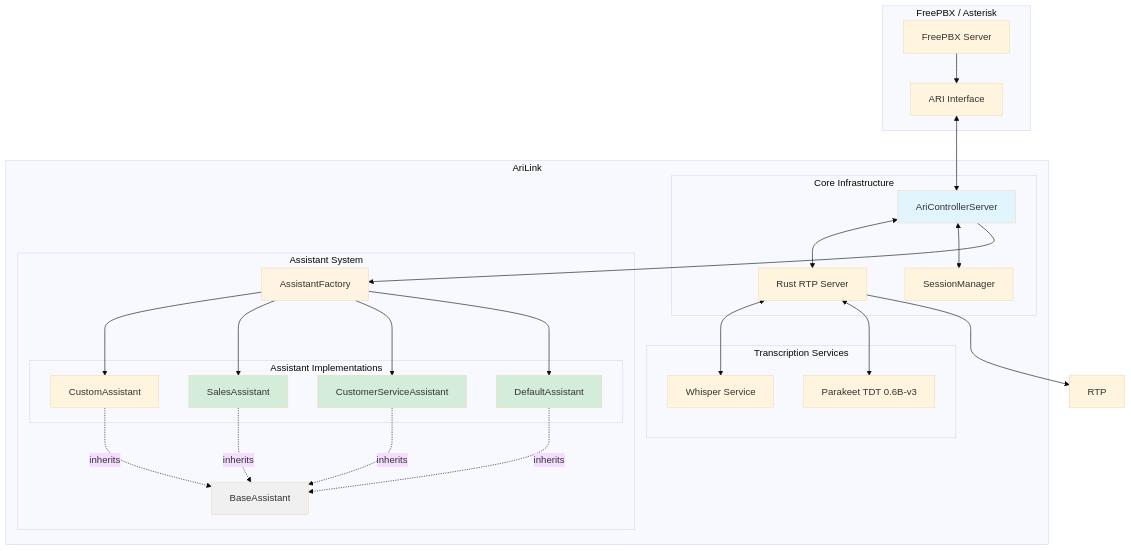
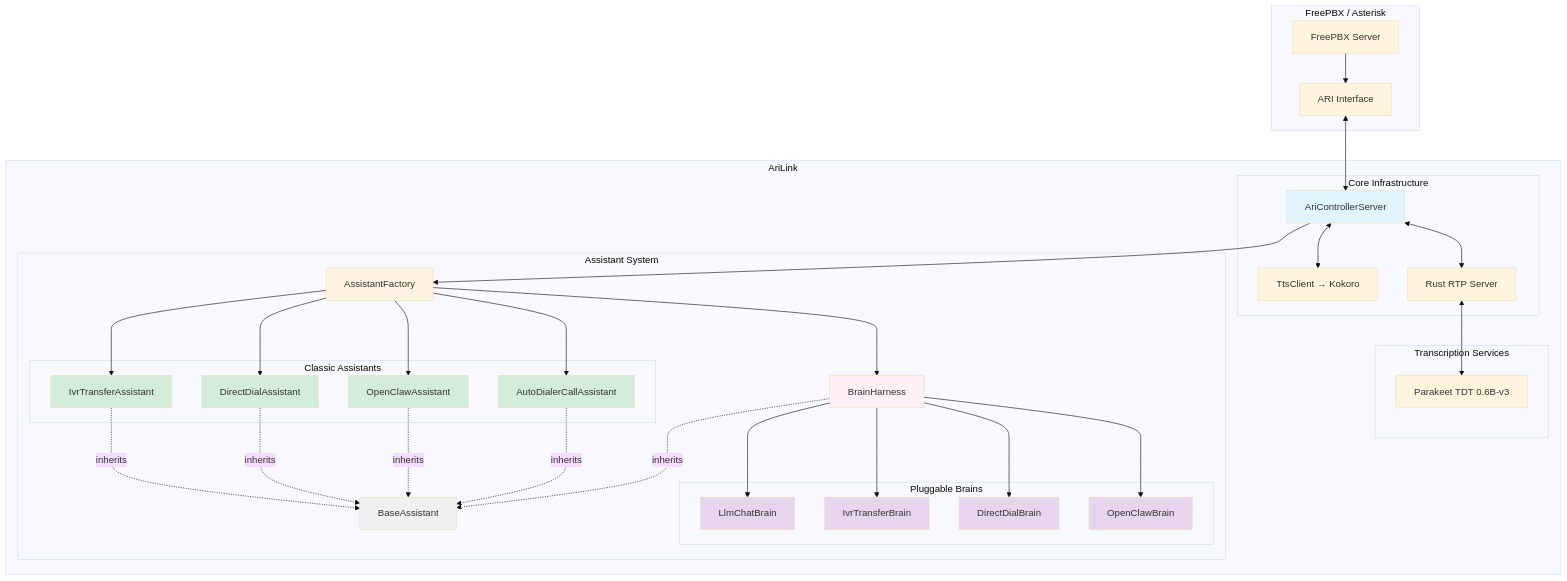
One commit to alexiokay/AriLink changed the first of 5 diagrams in docs/ASSISTANT-ARCHITECTURE.md. Above: the diagram before and after it, drawn with Mermaid (base theme). The commit also changed other lines of this file and 15 other files, not shown here.

````diff
--- a/docs/ASSISTANT-ARCHITECTURE.md
+++ b/docs/ASSISTANT-ARCHITECTURE.md
@@ -35,59 +35,76 @@
 ```mermaid
 graph TB
     subgraph "FreePBX / Asterisk"
         PBX[FreePBX Server]
         ARI[ARI Interface]
     end
 
     subgraph "AriLink"
         subgraph "Core Infrastructure"
             Controller[AriControllerServer]
-            Manager[SessionManager]
+            TTS[TtsClient → Kokoro]
             RustRTP[Rust RTP Server]
         end
 
         subgraph "Assistant System"
             Factory[AssistantFactory]
             Base[BaseAssistant]
+            Harness[BrainHarness]
 
-            subgraph "Assistant Implementations"
-                Default[DefaultAssistant]
-                CS[CustomerServiceAssistant]
-                Sales[SalesAssistant]
-                Custom[CustomAssistant]
+            subgraph "Classic Assistants"
+                IVR[IvrTransferAssistant]
+                DD[DirectDialAssistant]
+                OC[OpenClawAssistant]
+                AD[AutoDialerCallAssistant]
+            end
+
+            subgraph "Pluggable Brains"
+                LLMBrain[LlmChatBrain]
+                IVRBrain[IvrTransferBrain]
+                DDBrain[DirectDialBrain]
+                OCBrain[OpenClawBrain]
             end
         end
 
         subgraph "Transcription Services"
             Parakeet[Parakeet TDT 0.6B-v3]
-            Whisper[Whisper Service]
         end
     end
 
     PBX --> ARI
     ARI <--> Controller
     Controller --> Factory
-    Factory --> Default
-    Factory --> CS
-    Factory --> Sales
-    Factory --> Custom
+    Factory --> IVR
+    Factory --> DD
+    Factory --> OC
+    Factory --> AD
+    Factory --> Harness
 
-    Default -.inherits.-> Base
-    CS -.inherits.-> Base
-    Sales -.inherits.-> Base
-    Custom -.inherits.-> Base
+    IVR -.inherits.-> Base
+    DD -.inherits.-> Base
+    OC -.inherits.-> Base
+    AD -.inherits.-> Base
+    Harness -.inherits.-> Base
 
-    Controller <--> Manager
-    RustRTP --> RTP
+    Harness --> LLMBrain
+    Harness --> IVRBrain
+    Harness --> DDBrain
+    Harness --> OCBrain
+
+    Controller <--> TTS
+    Controller <--> RustRTP
     RustRTP <--> Parakeet
-    RustRTP <--> Whisper
-
-    Controller <--> RustRTP
 
     style Controller fill:#e1f5ff
     style Factory fill:#fff4e1
     style Base fill:#f0f0f0
-    style Default fill:#d4edda
-    style CS fill:#d4edda
-    style Sales fill:#d4edda
+    style Harness fill:#fff0f5
+    style IVR fill:#d4edda
+    style DD fill:#d4edda
+    style OC fill:#d4edda
+    style AD fill:#d4edda
+    style LLMBrain fill:#e7d4ed
+    style IVRBrain fill:#e7d4ed
+    style DDBrain fill:#e7d4ed
+    style OCBrain fill:#e7d4ed
 ```
````
